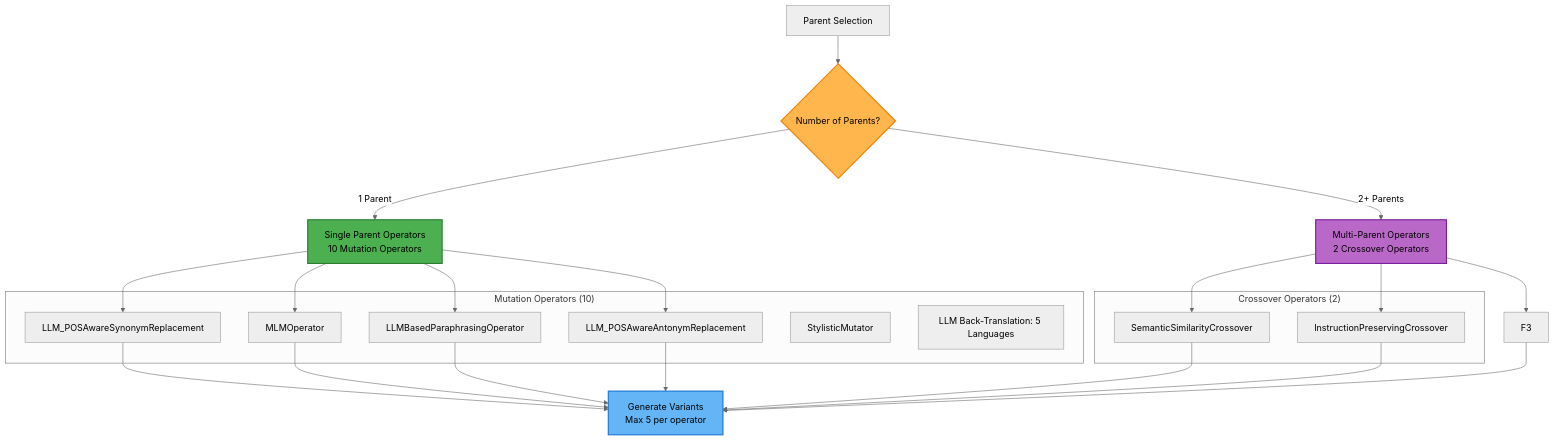
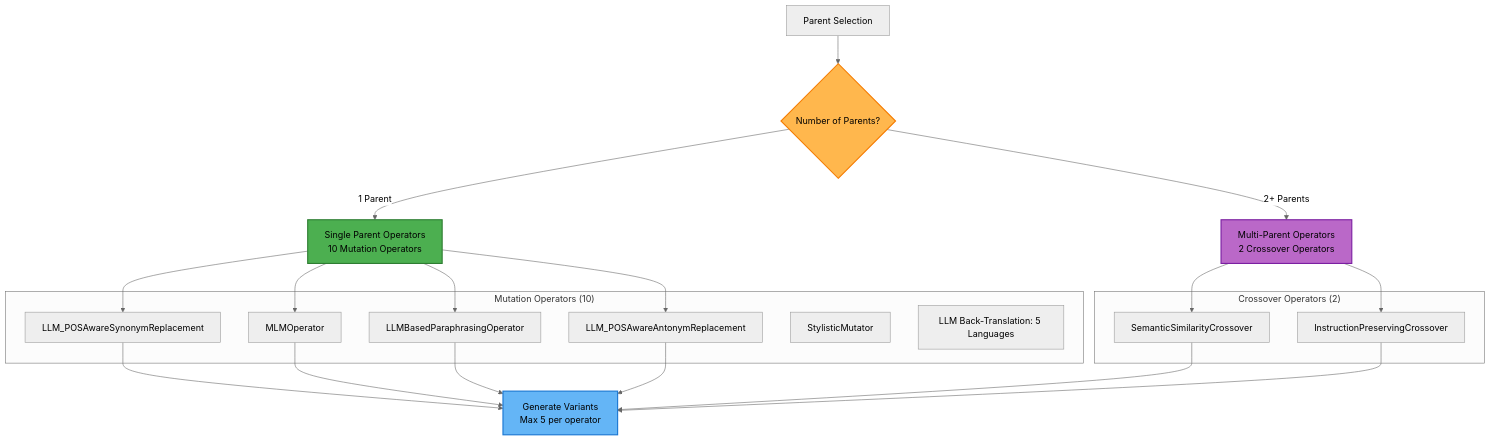
Before and after one commit to Onkar2102/ToxSearch: the first of 4 diagrams in src/ea/README.md, drawn with Mermaid (neutral theme). The commit also changed other lines of this file and 46 other files, not shown here.

````diff
--- a/src/ea/README.md
+++ b/src/ea/README.md
@@ -153,42 +148,40 @@
 ```mermaid
 flowchart TD
   A[Parent Selection] --> B{Number of Parents?}
   B -->|1 Parent| C[Single Parent Operators<br/>10 Mutation Operators]
   B -->|2+ Parents| D[Multi-Parent Operators<br/>2 Crossover Operators]
   
   subgraph "Mutation Operators (10)"
     E1[LLM_POSAwareSynonymReplacement]
     E2[MLMOperator]
     E3[LLMBasedParaphrasingOperator]
     E4[LLM_POSAwareAntonymReplacement]
     E5[StylisticMutator]
     E6[LLM Back-Translation: 5 Languages]
   end
   
   subgraph "Crossover Operators (2)"
     F1[SemanticSimilarityCrossover]
     F2[InstructionPreservingCrossover]
   end
   
   C --> E1
   C --> E2
   C --> E3
   C --> E4
   
   D --> F1
   D --> F2
-  D --> F3
   
   E1 --> G[Generate Variants<br/>Max 5 per operator]
   E2 --> G
   E3 --> G
   E4 --> G
   F1 --> G
   F2 --> G
-  F3 --> G
   
   style B fill:#ffb74d,stroke:#f57c00,stroke-width:2px,color:#000
   style C fill:#4caf50,stroke:#2e7d32,stroke-width:2px,color:#000
   style D fill:#ba68c8,stroke:#7b1fa2,stroke-width:2px,color:#000
   style G fill:#64b5f6,stroke:#1976d2,stroke-width:2px,color:#000
 ```
````
